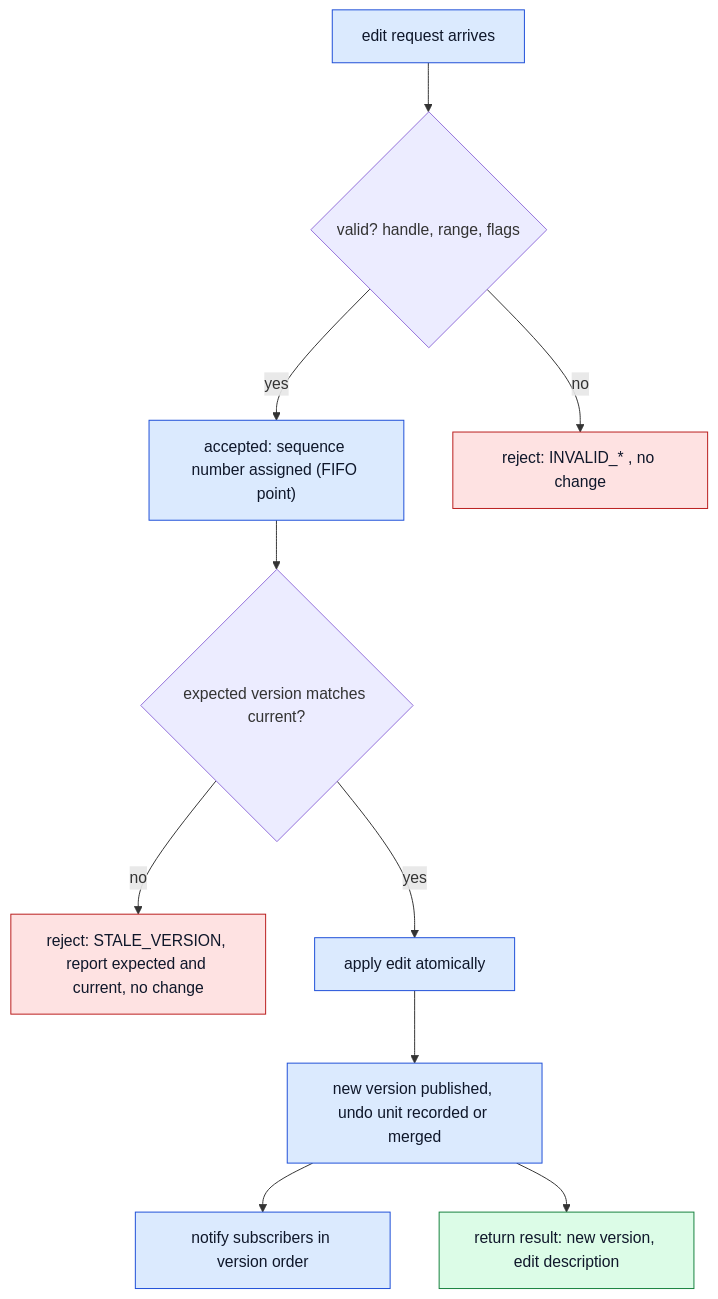
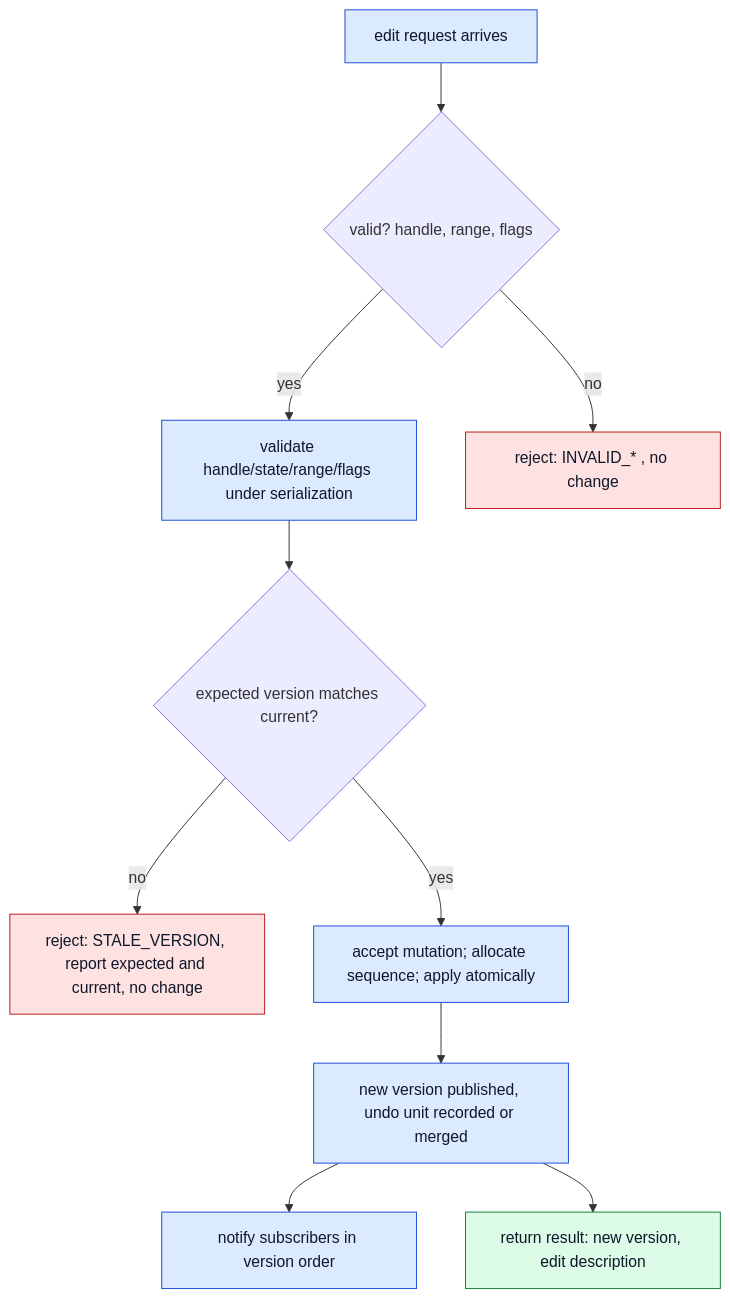
One commit to cdin-editor/spec changed the second of 2 diagrams in docs/kernel/overview.md. Above: the diagram before and after it, drawn with Mermaid. The commit also changed other lines of this file and 36 other files, not shown here.

First line of the commit message:
docs(spec)!: establish the CDIN architecture baseline v1.0.0

````diff
--- a/docs/kernel/overview.md
+++ b/docs/kernel/overview.md
@@ -93,29 +90,29 @@
 ```mermaid
 flowchart TB
     REQ["edit request arrives"]
     VAL{"valid? handle, range, flags"}
-    ACC["accepted: sequence number assigned (FIFO point)"]
+    ACC["validate handle/state/range/flags under serialization"]
     CHK{"expected version matches current?"}
     REJ1["reject: INVALID_* , no change"]
     REJ2["reject: STALE_VERSION, report expected and current, no change"]
-    APPLY["apply edit atomically"]
+    APPLY["accept mutation; allocate sequence; apply atomically"]
     VER["new version published, undo unit recorded or merged"]
     NOTIFY["notify subscribers in version order"]
     RES["return result: new version, edit description"]
 
     REQ --> VAL
     VAL -- "no" --> REJ1
     VAL -- "yes" --> ACC
     ACC --> CHK
     CHK -- "no" --> REJ2
     CHK -- "yes" --> APPLY
     APPLY --> VER
     VER --> NOTIFY
     VER --> RES
     classDef bad fill:#fee2e2,stroke:#b91c1c,color:#0f172a
     classDef comp fill:#dbeafe,stroke:#1d4ed8,color:#0f172a
     classDef ok fill:#dcfce7,stroke:#15803d,color:#0f172a
     class REJ1,REJ2 bad
     class ACC,APPLY,NOTIFY,REQ,VER comp
     class RES ok
 ```
````
